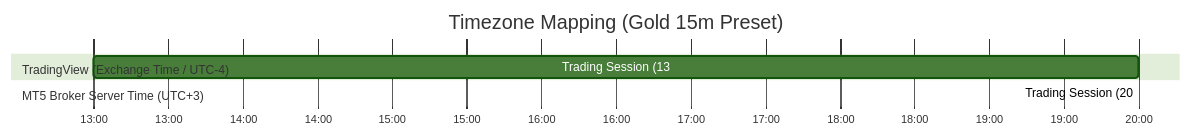
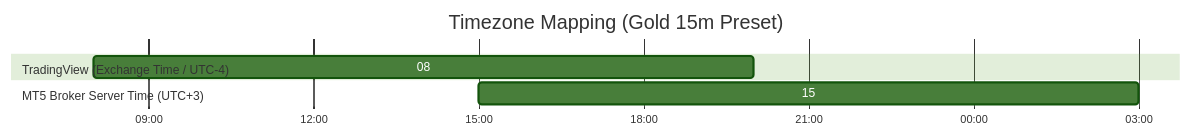
One commit to jzd101/breakout-follow-101 changed the second of 2 diagrams in README.md. Above: the diagram before and after it, drawn with Mermaid (forest theme). The commit also changed other lines of this file, not shown here.

````diff
--- a/README.md
+++ b/README.md
@@ -163,10 +167,10 @@
 ```mermaid
 gantt
     title Timezone Mapping (Gold 15m Preset)
-    dateFormat HH
+    dateFormat YYYY-MM-DD HH:mm
     axisFormat %H:00
     section TradingView (Exchange Time / UTC-4)
-    Trading Session (13:00 - 20:00) :active, 13, 20
+    08:00 - 20:00 :active, 2026-01-01 08:00, 2026-01-01 20:00
     section MT5 Broker Server Time (UTC+3)
-    Trading Session (20:00 - 03:00) :crit, 20, 27
+    15:00 - 03:00 :crit, 2026-01-01 15:00, 2026-01-02 03:00
 ```
````
